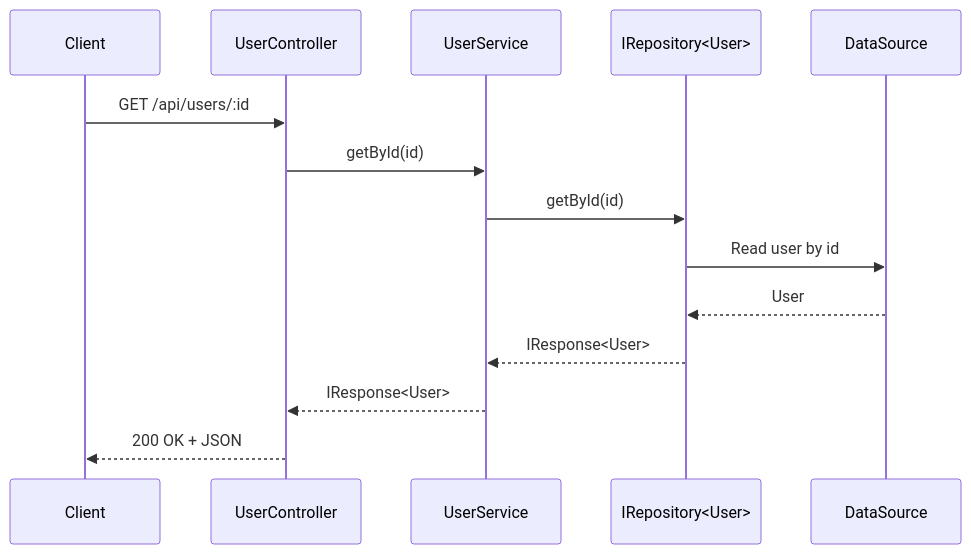
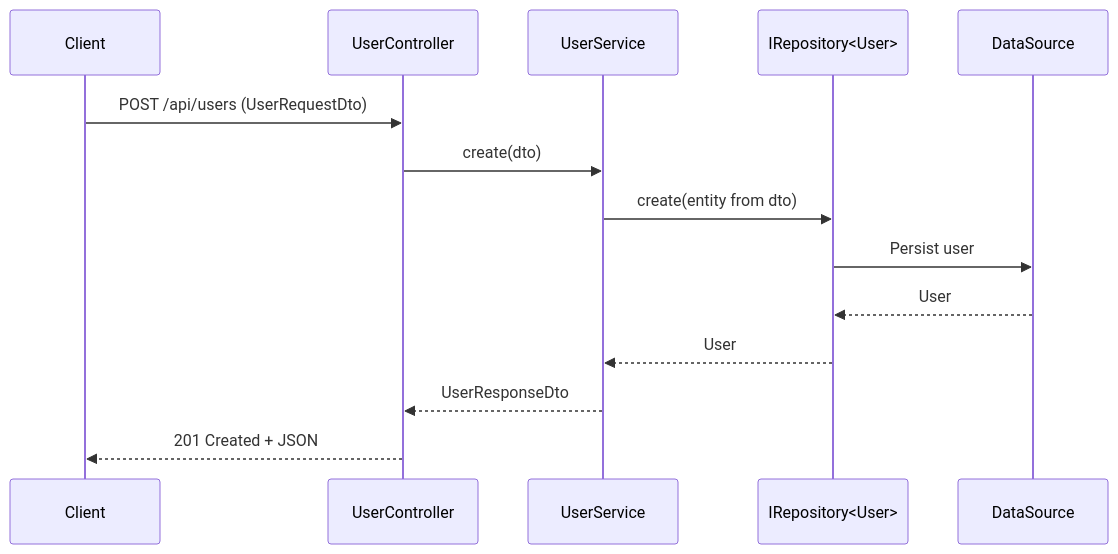
The second of 3 diagrams in README.md (PaulAtkins88/typescript_generics), drawn with Mermaid before and after one commit. The commit also changed other lines of this file and 9 other files, not shown here.

First line of the commit message:
Enhance DTO-aware services and controllers with request/response types

````diff
--- a/README.md
+++ b/README.md
@@ -137,17 +149,17 @@
 ```mermaid
 sequenceDiagram
 participant Client
 participant UserController
 participant UserService
 participant UserRepository as IRepository<User>
 participant DataSource
 
-Client->>UserController: GET /api/users/:id
-UserController->>UserService: getById(id)
-UserService->>UserRepository: getById(id)
-UserRepository->>DataSource: Read user by id
+Client->>UserController: POST /api/users (UserRequestDto)
+UserController->>UserService: create(dto)
+UserService->>UserRepository: create(entity from dto)
+UserRepository->>DataSource: Persist user
 DataSource-->>UserRepository: User
-UserRepository-->>UserService: IResponse<User>
-UserService-->>UserController: IResponse<User>
-UserController-->>Client: 200 OK + JSON
+UserRepository-->>UserService: User
+UserService-->>UserController: UserResponseDto
+UserController-->>Client: 201 Created + JSON
 ```
````
